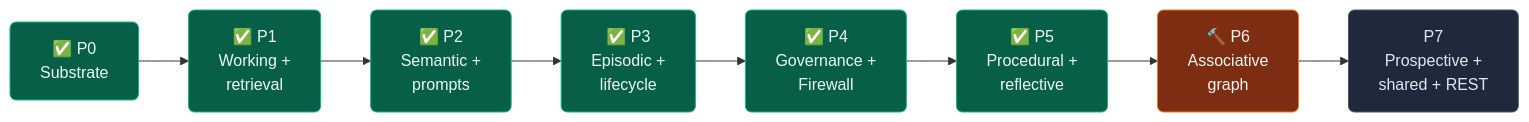
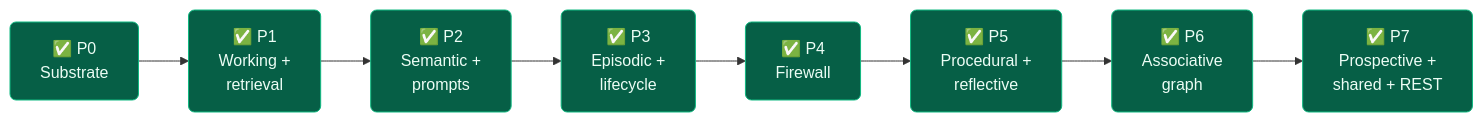
The second of 2 diagrams in README.md (techiewonk/memspine), drawn with Mermaid before and after one commit. The commit also changed other lines of this file and 5 other files, not shown here.

````diff
--- a/README.md
+++ b/README.md
@@ -206,10 +363,6 @@
 ```mermaid
 flowchart LR
-    P0["✅ P0<br/>Substrate"] --> P1["✅ P1<br/>Working +<br/>retrieval"] --> P2["✅ P2<br/>Semantic +<br/>prompts"] --> P3["✅ P3<br/>Episodic +<br/>lifecycle"] --> P4["✅ P4<br/>Governance +<br/>Firewall"] --> P5["✅ P5<br/>Procedural +<br/>reflective"] --> P6["🔨 P6<br/>Associative<br/>graph"] --> P7["P7<br/>Prospective +<br/>shared + REST"]
+    P0["✅ P0<br/>Substrate"] --> P1["✅ P1<br/>Working +<br/>retrieval"] --> P2["✅ P2<br/>Semantic +<br/>prompts"] --> P3["✅ P3<br/>Episodic +<br/>lifecycle"] --> P4["✅ P4<br/>Firewall"] --> P5["✅ P5<br/>Procedural +<br/>reflective"] --> P6["✅ P6<br/>Associative<br/>graph"] --> P7["✅ P7<br/>Prospective +<br/>shared + REST"]
     classDef done fill:#065f46,stroke:#10b981,color:#ecfdf5,rx:6,ry:6;
-    classDef wip fill:#7c2d12,stroke:#f97316,color:#fff7ed,rx:6,ry:6;
-    classDef todo fill:#1e293b,stroke:#475569,color:#e2e8f0,rx:6,ry:6;
-    class P0,P1,P2,P3,P4,P5 done;
-    class P6 wip;
-    class P7 todo;
+    class P0,P1,P2,P3,P4,P5,P6,P7 done;
 ```
````
